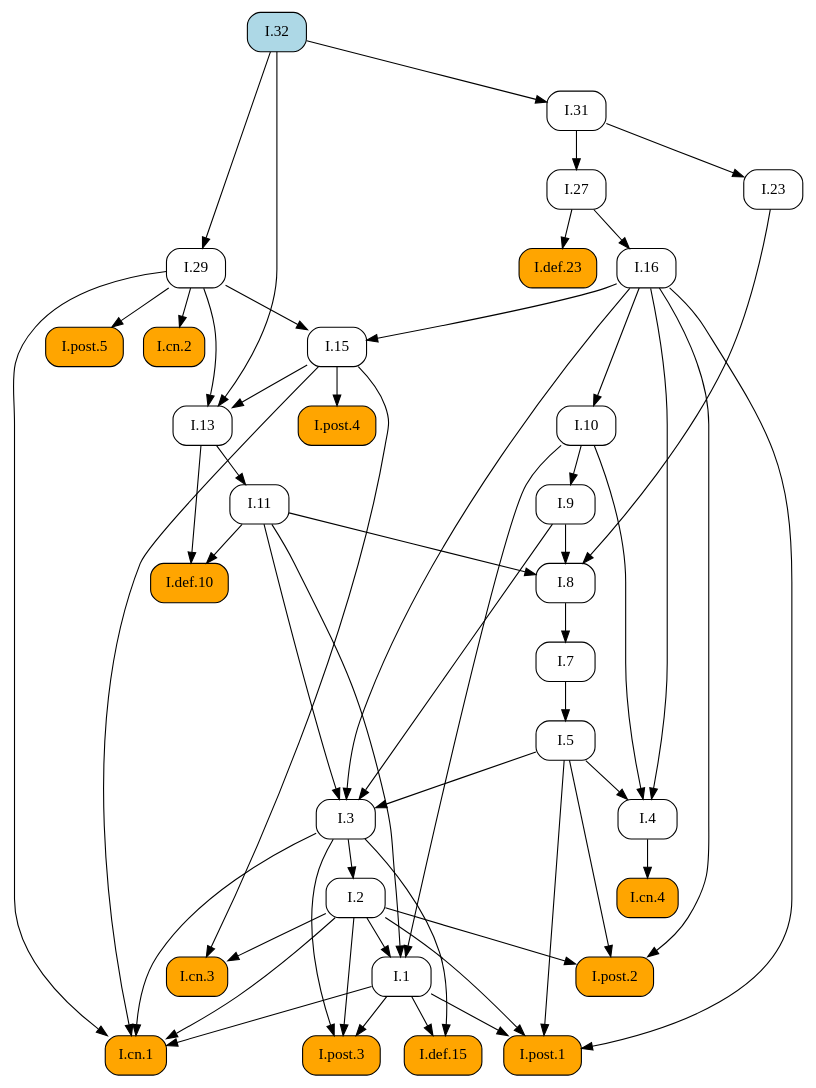
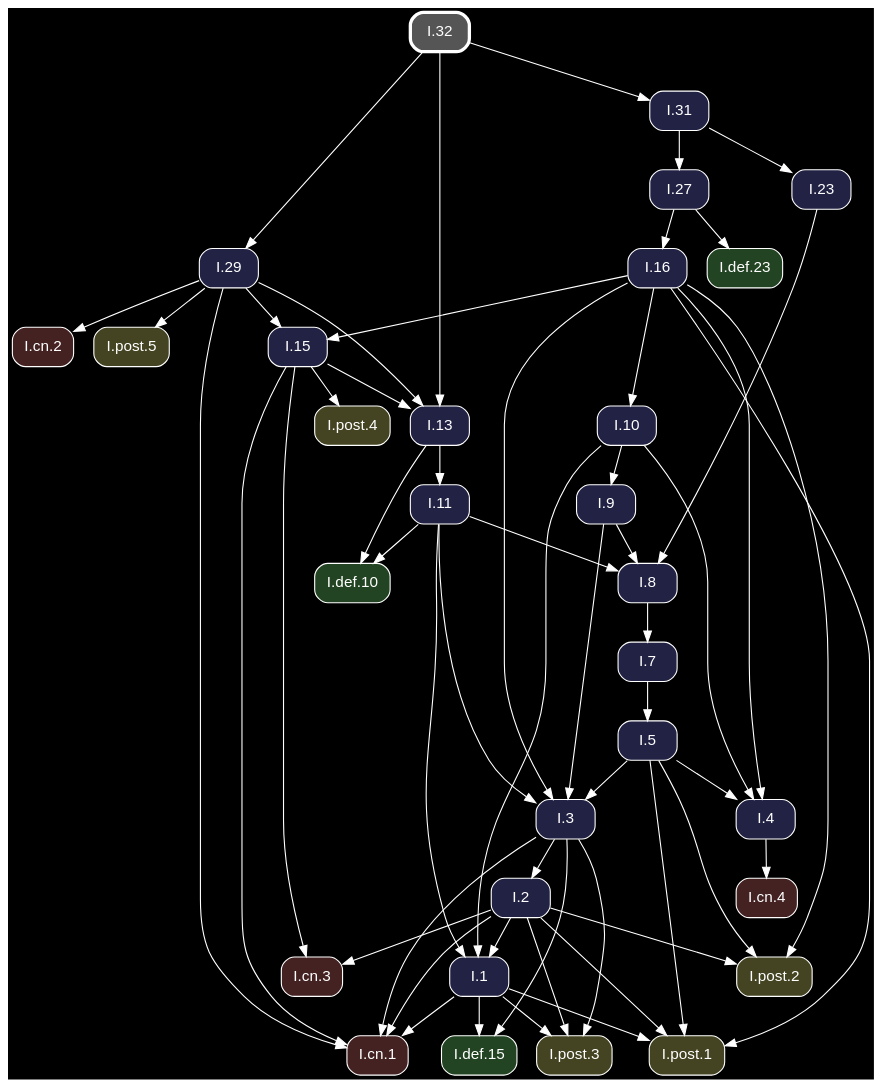
Before and after one commit to geometor/elements: the diagram in docsrc/heath/I/32/index.rst, drawn with Graphviz. The commit also changed other lines of this file and 1200 other files, not shown here.

Commit message:
update dependency graphs

```diff
--- a/docsrc/heath/I/32/index.rst
+++ b/docsrc/heath/I/32/index.rst
@@ -48,91 +48,93 @@
 .. graphviz::
 
    digraph {
+     bgcolor="black";
+     node [shape=box, style="rounded,filled", fontname="Helvetica", color="white", fontcolor="white"];
+     edge [color="white", fontcolor="white"];
      rankdir="TB";
-     node [shape=box, style=rounded];
-     "I.23" [URL="/heath/I/23/", target="_top"];
-     "I.9" [URL="/heath/I/9/", target="_top"];
-     "I.cn.1" [style="rounded,filled", fillcolor=orange, URL="/heath/I/cn.1/", target="_top"];
-     "I.32" [style="rounded,filled", fillcolor=lightblue, URL="/heath/I/32/", target="_top"];
-     "I.7" [URL="/heath/I/7/", target="_top"];
-     "I.2" [URL="/heath/I/2/", target="_top"];
-     "I.def.15" [style="rounded,filled", fillcolor=orange, URL="/heath/I/def.15/", target="_top"];
-     "I.13" [URL="/heath/I/13/", target="_top"];
-     "I.post.4" [style="rounded,filled", fillcolor=orange, URL="/heath/I/post.4/", target="_top"];
-     "I.4" [URL="/heath/I/4/", target="_top"];
-     "I.1" [URL="/heath/I/1/", target="_top"];
-     "I.post.3" [style="rounded,filled", fillcolor=orange, URL="/heath/I/post.3/", target="_top"];
-     "I.post.1" [style="rounded,filled", fillcolor=orange, URL="/heath/I/post.1/", target="_top"];
-     "I.5" [URL="/heath/I/5/", target="_top"];
-     "I.8" [URL="/heath/I/8/", target="_top"];
-     "I.cn.3" [style="rounded,filled", fillcolor=orange, URL="/heath/I/cn.3/", target="_top"];
-     "I.29" [URL="/heath/I/29/", target="_top"];
-     "I.16" [URL="/heath/I/16/", target="_top"];
-     "I.31" [URL="/heath/I/31/", target="_top"];
-     "I.def.10" [style="rounded,filled", fillcolor=orange, URL="/heath/I/def.10/", target="_top"];
-     "I.15" [URL="/heath/I/15/", target="_top"];
-     "I.10" [URL="/heath/I/10/", target="_top"];
-     "I.11" [URL="/heath/I/11/", target="_top"];
-     "I.def.23" [style="rounded,filled", fillcolor=orange, URL="/heath/I/def.23/", target="_top"];
-     "I.cn.2" [style="rounded,filled", fillcolor=orange, URL="/heath/I/cn.2/", target="_top"];
-     "I.27" [URL="/heath/I/27/", target="_top"];
-     "I.post.5" [style="rounded,filled", fillcolor=orange, URL="/heath/I/post.5/", target="_top"];
-     "I.cn.4" [style="rounded,filled", fillcolor=orange, URL="/heath/I/cn.4/", target="_top"];
-     "I.post.2" [style="rounded,filled", fillcolor=orange, URL="/heath/I/post.2/", target="_top"];
-     "I.3" [URL="/heath/I/3/", target="_top"];
-     "I.31" -> "I.23";
-     "I.10" -> "I.9";
+     "I.31" [fillcolor="#222244", URL="/heath/I/31/", target="_top"];
+     "I.3" [fillcolor="#222244", URL="/heath/I/3/", target="_top"];
+     "I.32" [penwidth=3, color="white", fillcolor="#555555", URL="/heath/I/32/", target="_top"];
+     "I.post.1" [fillcolor="#444422", URL="/heath/I/post.1/", target="_top"];
+     "I.cn.1" [fillcolor="#442222", URL="/heath/I/cn.1/", target="_top"];
+     "I.def.10" [fillcolor="#224422", URL="/heath/I/def.10/", target="_top"];
+     "I.15" [fillcolor="#222244", URL="/heath/I/15/", target="_top"];
+     "I.11" [fillcolor="#222244", URL="/heath/I/11/", target="_top"];
+     "I.16" [fillcolor="#222244", URL="/heath/I/16/", target="_top"];
+     "I.cn.3" [fillcolor="#442222", URL="/heath/I/cn.3/", target="_top"];
+     "I.13" [fillcolor="#222244", URL="/heath/I/13/", target="_top"];
+     "I.27" [fillcolor="#222244", URL="/heath/I/27/", target="_top"];
+     "I.2" [fillcolor="#222244", URL="/heath/I/2/", target="_top"];
+     "I.29" [fillcolor="#222244", URL="/heath/I/29/", target="_top"];
+     "I.cn.2" [fillcolor="#442222", URL="/heath/I/cn.2/", target="_top"];
+     "I.post.2" [fillcolor="#444422", URL="/heath/I/post.2/", target="_top"];
+     "I.cn.4" [fillcolor="#442222", URL="/heath/I/cn.4/", target="_top"];
+     "I.def.23" [fillcolor="#224422", URL="/heath/I/def.23/", target="_top"];
+     "I.9" [fillcolor="#222244", URL="/heath/I/9/", target="_top"];
+     "I.1" [fillcolor="#222244", URL="/heath/I/1/", target="_top"];
+     "I.post.5" [fillcolor="#444422", URL="/heath/I/post.5/", target="_top"];
+     "I.post.4" [fillcolor="#444422", URL="/heath/I/post.4/", target="_top"];
+     "I.23" [fillcolor="#222244", URL="/heath/I/23/", target="_top"];
+     "I.8" [fillcolor="#222244", URL="/heath/I/8/", target="_top"];
+     "I.4" [fillcolor="#222244", URL="/heath/I/4/", target="_top"];
+     "I.post.3" [fillcolor="#444422", URL="/heath/I/post.3/", target="_top"];
+     "I.7" [fillcolor="#222244", URL="/heath/I/7/", target="_top"];
+     "I.def.15" [fillcolor="#224422", URL="/heath/I/def.15/", target="_top"];
+     "I.5" [fillcolor="#222244", URL="/heath/I/5/", target="_top"];
+     "I.10" [fillcolor="#222244", URL="/heath/I/10/", target="_top"];
+     "I.32" -> "I.31";
+     "I.5" -> "I.3";
+     "I.9" -> "I.3";
+     "I.11" -> "I.3";
+     "I.16" -> "I.3";
+     "I.1" -> "I.post.1";
+     "I.2" -> "I.post.1";
+     "I.5" -> "I.post.1";
+     "I.16" -> "I.post.1";
      "I.1" -> "I.cn.1";
      "I.2" -> "I.cn.1";
      "I.3" -> "I.cn.1";
      "I.15" -> "I.cn.1";
      "I.29" -> "I.cn.1";
-     "I.8" -> "I.7";
-     "I.3" -> "I.2";
-     "I.1" -> "I.def.15";
-     "I.3" -> "I.def.15";
-     "I.15" -> "I.13";
-     "I.29" -> "I.13";
-     "I.32" -> "I.13";
-     "I.15" -> "I.post.4";
-     "I.5" -> "I.4";
-     "I.10" -> "I.4";
-     "I.16" -> "I.4";
-     "I.2" -> "I.1";
-     "I.10" -> "I.1";
-     "I.11" -> "I.1";
-     "I.1" -> "I.post.3";
-     "I.2" -> "I.post.3";
-     "I.3" -> "I.post.3";
-     "I.1" -> "I.post.1";
-     "I.2" -> "I.post.1";
-     "I.5" -> "I.post.1";
-     "I.16" -> "I.post.1";
-     "I.7" -> "I.5";
-     "I.9" -> "I.8";
-     "I.11" -> "I.8";
-     "I.23" -> "I.8";
-     "I.2" -> "I.cn.3";
-     "I.15" -> "I.cn.3";
-     "I.32" -> "I.29";
-     "I.27" -> "I.16";
-     "I.32" -> "I.31";
      "I.11" -> "I.def.10";
      "I.13" -> "I.def.10";
      "I.16" -> "I.15";
      "I.29" -> "I.15";
-     "I.16" -> "I.10";
      "I.13" -> "I.11";
-     "I.27" -> "I.def.23";
+     "I.27" -> "I.16";
+     "I.2" -> "I.cn.3";
+     "I.15" -> "I.cn.3";
+     "I.15" -> "I.13";
+     "I.29" -> "I.13";
+     "I.32" -> "I.13";
+     "I.31" -> "I.27";
+     "I.3" -> "I.2";
+     "I.32" -> "I.29";
      "I.29" -> "I.cn.2";
-     "I.31" -> "I.27";
-     "I.29" -> "I.post.5";
-     "I.4" -> "I.cn.4";
      "I.2" -> "I.post.2";
      "I.5" -> "I.post.2";
      "I.16" -> "I.post.2";
-     "I.5" -> "I.3";
-     "I.9" -> "I.3";
-     "I.11" -> "I.3";
-     "I.16" -> "I.3";
+     "I.4" -> "I.cn.4";
+     "I.27" -> "I.def.23";
+     "I.10" -> "I.9";
+     "I.2" -> "I.1";
+     "I.10" -> "I.1";
+     "I.11" -> "I.1";
+     "I.29" -> "I.post.5";
+     "I.15" -> "I.post.4";
+     "I.31" -> "I.23";
+     "I.9" -> "I.8";
+     "I.11" -> "I.8";
+     "I.23" -> "I.8";
+     "I.5" -> "I.4";
+     "I.10" -> "I.4";
+     "I.16" -> "I.4";
+     "I.1" -> "I.post.3";
+     "I.2" -> "I.post.3";
+     "I.3" -> "I.post.3";
+     "I.8" -> "I.7";
+     "I.1" -> "I.def.15";
+     "I.3" -> "I.def.15";
+     "I.7" -> "I.5";
+     "I.16" -> "I.10";
    }
```
